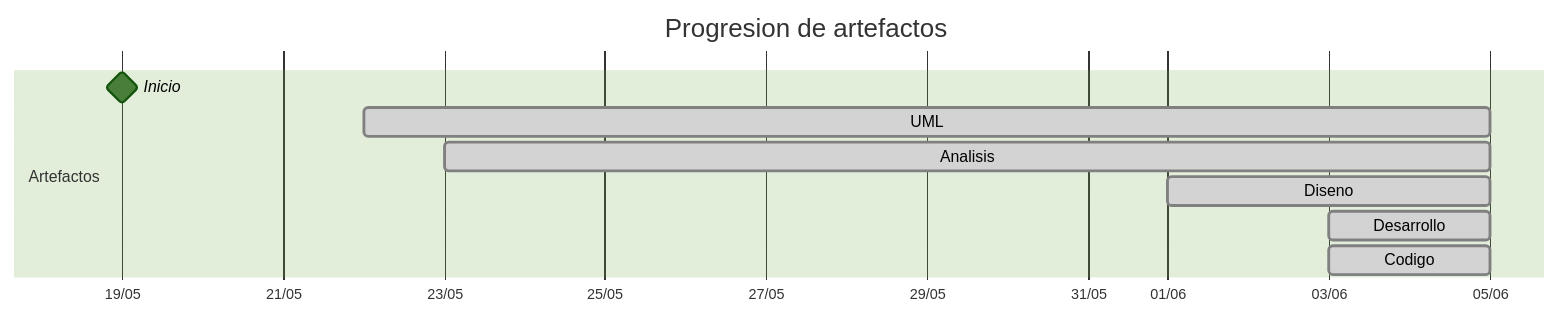
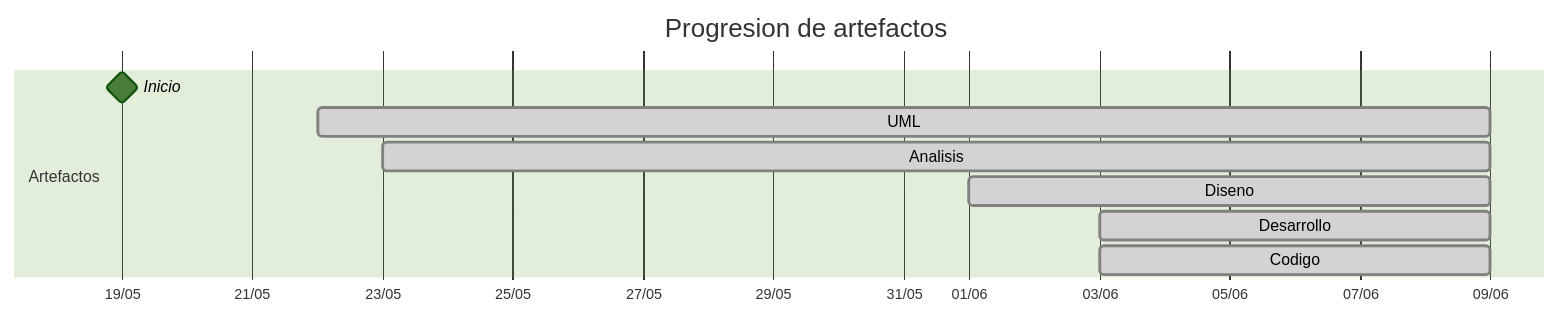
Before and after one commit to mmasias/25-26-idsw2-sdVC: the diagram in TIMELINES/Alejandrojuarez0105.md, drawn with Mermaid (forest theme). The commit also changed other lines of this file and 7 other files, not shown here.

````diff
--- a/TIMELINES/Alejandrojuarez0105.md
+++ b/TIMELINES/Alejandrojuarez0105.md
@@ -22,13 +22,13 @@
 ```mermaid
 gantt
     title Progresion de artefactos
     dateFormat YYYY-MM-DD
     axisFormat %d/%m
     section Artefactos
         Inicio       :milestone, 2026-05-19, 0d
-        UML          :done, 2026-05-22, 2026-06-05
-        Analisis     :done, 2026-05-23, 2026-06-05
-        Diseno       :done, 2026-06-01, 2026-06-05
-        Desarrollo   :done, 2026-06-03, 2026-06-05
-        Codigo       :done, 2026-06-03, 2026-06-05
+        UML          :done, 2026-05-22, 2026-06-09
+        Analisis     :done, 2026-05-23, 2026-06-09
+        Diseno       :done, 2026-06-01, 2026-06-09
+        Desarrollo   :done, 2026-06-03, 2026-06-09
+        Codigo       :done, 2026-06-03, 2026-06-09
 ```
````
